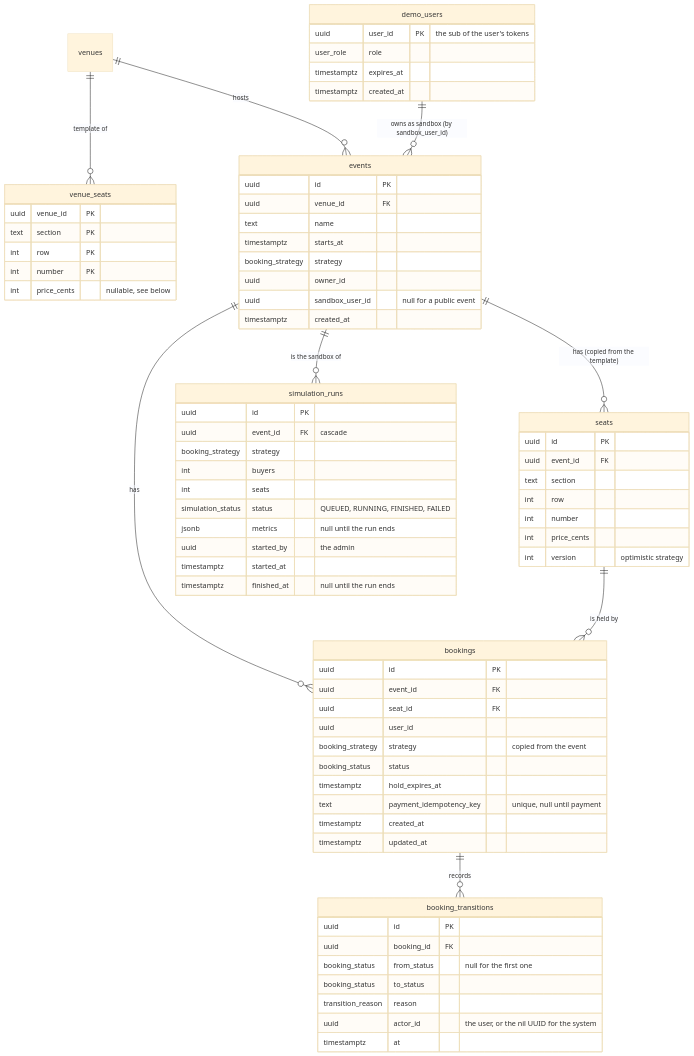
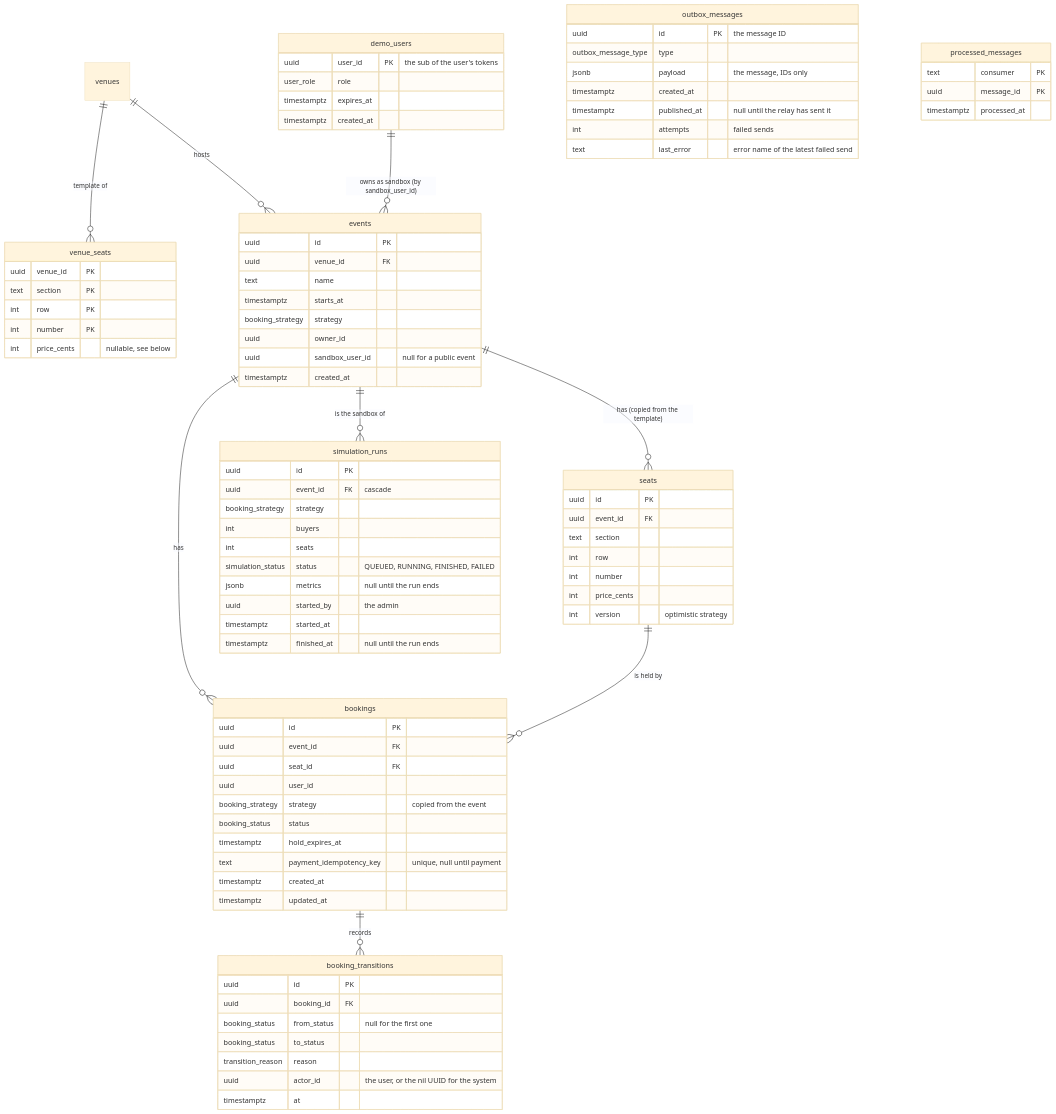
The first of 2 diagrams in docs/data-model.md (oguzbits/ticketmaster), drawn with Mermaid (base theme) before and after one commit. The commit also changed other lines of this file and 5 other files, not shown here.

First line of the commit message:
feat(db): outbox and processed messages [braucht Live-Migration]

````diff
--- a/docs/data-model.md
+++ b/docs/data-model.md
@@ -83,4 +83,18 @@
         uuid actor_id "the user, or the nil UUID for the system"
         timestamptz at
     }
+    outbox_messages {
+        uuid id PK "the message ID"
+        outbox_message_type type
+        jsonb payload "the message, IDs only"
+        timestamptz created_at
+        timestamptz published_at "null until the relay has sent it"
+        int attempts "failed sends"
+        text last_error "error name of the latest failed send"
+    }
+    processed_messages {
+        text consumer PK
+        uuid message_id PK
+        timestamptz processed_at
+    }
 ```
````
